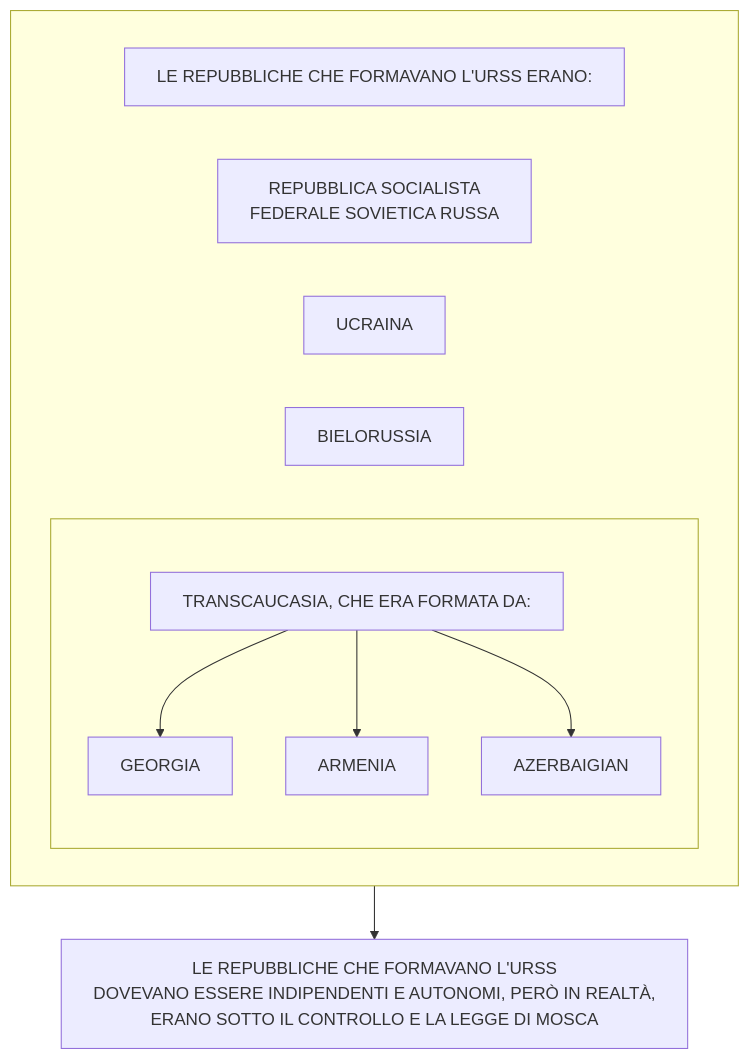
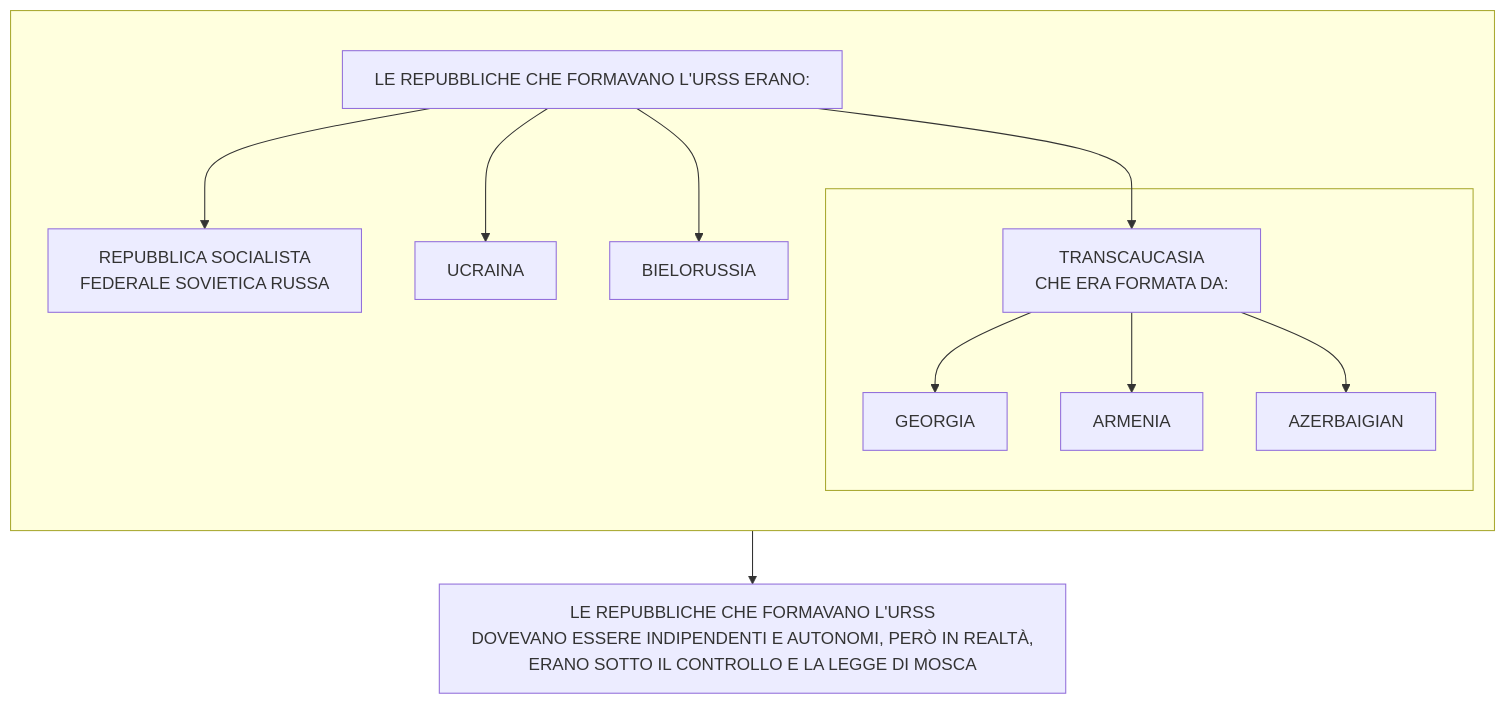
Before and after one commit to Laaouatni/ricerca-storia-MermaidJS: diagram 12 of 12 in stalinismoRiscrittura.md, drawn with Mermaid.

````diff
--- a/stalinismoRiscrittura.md
+++ b/stalinismoRiscrittura.md
@@ -219,19 +219,21 @@
 ```mermaid
 %%{init: { "flowchart": { "wrappingWidth": 800 } }}%%
 flowchart TB
   subgraph 1[" "]
+    direction TB
     2[LE REPUBBLICHE CHE FORMAVANO L'URSS ERANO:]
     3[REPUBBLICA SOCIALISTA <br> FEDERALE SOVIETICA RUSSA]
     4[UCRAINA]
     5[BIELORUSSIA]
     subgraph 6[" "]
-      7[TRANSCAUCASIA, CHE ERA FORMATA DA:]
+      7[TRANSCAUCASIA <br>CHE ERA FORMATA DA:]
       70[GEORGIA]
       71[ARMENIA]
       72[AZERBAIGIAN]
       7 --> 70 & 71 & 72
     end
+    2 --> 3 & 4 & 5 & 7
   end
   0[LE REPUBBLICHE CHE FORMAVANO L'URSS <br>DOVEVANO ESSERE INDIPENDENTI E AUTONOMI, PERÒ IN REALTÀ, <br>ERANO SOTTO IL CONTROLLO E LA LEGGE DI MOSCA]
   1 --> 0
 ```
````
